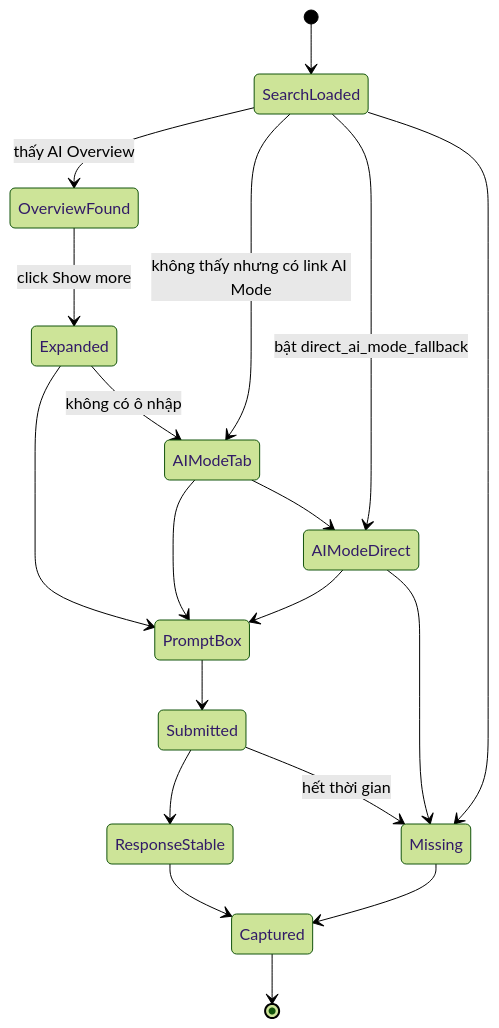
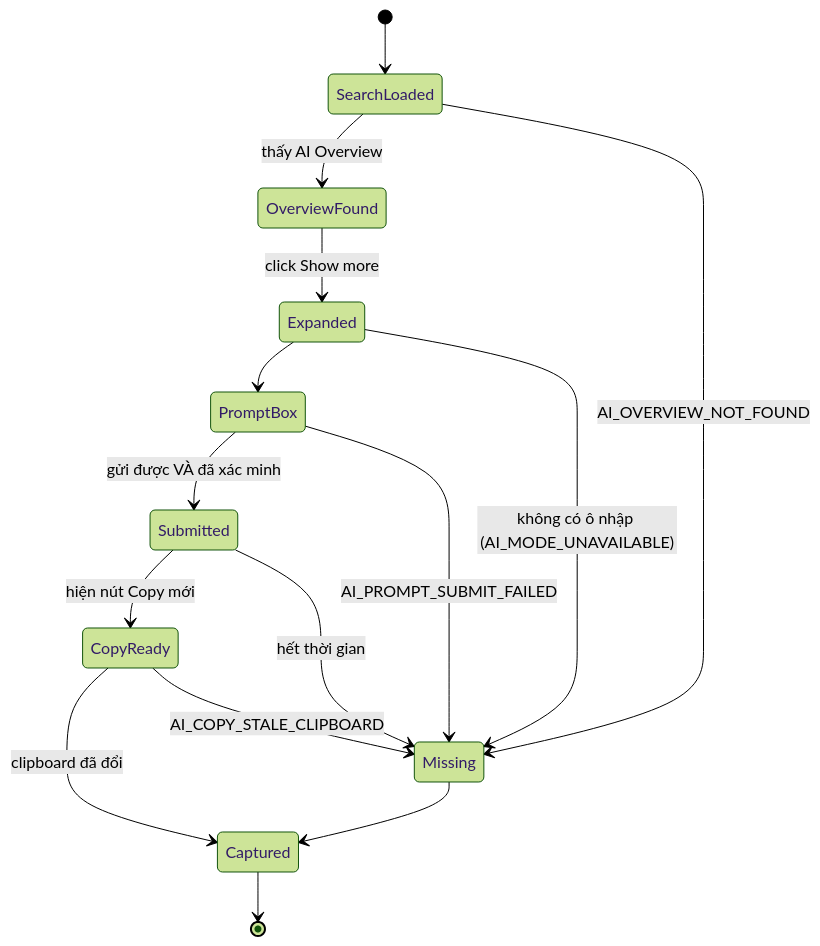
Before and after one commit to mktphuchung-wq/SERP-Extractor: the fourth of 6 diagrams in DAC_TA_HIEN_TAI.md, drawn with Mermaid (forest theme). The commit also changed other lines of this file and 9 other files, not shown here.

First line of the commit message:
feat(ai-mode): enhance AI interaction and clipboard handling

````diff
--- a/DAC_TA_HIEN_TAI.md
+++ b/DAC_TA_HIEN_TAI.md
@@ -389,21 +389,17 @@
 ```mermaid
 stateDiagram-v2
     [*] --> SearchLoaded
     SearchLoaded --> OverviewFound: thấy AI Overview
-    SearchLoaded --> AIModeTab: không thấy nhưng có link AI Mode
-    SearchLoaded --> AIModeDirect: bật direct_ai_mode_fallback
-    SearchLoaded --> Missing
+    SearchLoaded --> Missing: AI_OVERVIEW_NOT_FOUND
     OverviewFound --> Expanded: click Show more
     Expanded --> PromptBox
-    Expanded --> AIModeTab: không có ô nhập
-    AIModeTab --> PromptBox
-    AIModeTab --> AIModeDirect
-    AIModeDirect --> PromptBox
-    AIModeDirect --> Missing
-    PromptBox --> Submitted
-    Submitted --> ResponseStable
+    Expanded --> Missing: không có ô nhập (AI_MODE_UNAVAILABLE)
+    PromptBox --> Submitted: gửi được VÀ đã xác minh
+    PromptBox --> Missing: AI_PROMPT_SUBMIT_FAILED
+    Submitted --> CopyReady: hiện nút Copy mới
     Submitted --> Missing: hết thời gian
-    ResponseStable --> Captured
+    CopyReady --> Captured: clipboard đã đổi
+    CopyReady --> Missing: AI_COPY_STALE_CLIPBOARD
     Missing --> Captured
     Captured --> [*]
 ```
````
